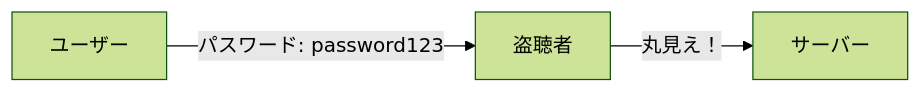
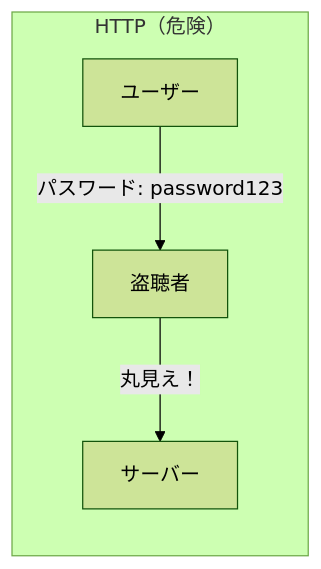
One commit to muratanaoki/party-box changed the second of 15 diagrams in docs/curriculum/02-aws-http.md. Above: the diagram before and after it, drawn with Mermaid (forest theme). The commit also changed other lines of this file, not shown here.

````diff
--- a/docs/curriculum/02-aws-http.md
+++ b/docs/curriculum/02-aws-http.md
@@ -140,5 +120,7 @@
 ```mermaid
 flowchart LR
-    User["ユーザー"] -->|パスワード: password123| Attacker["盗聴者"]
-    Attacker -->|丸見え！| Server["サーバー"]
+    subgraph HTTP["HTTP（危険）"]
+        U1["ユーザー"] -->|パスワード: password123| A1["盗聴者"]
+        A1 -->|丸見え！| S1["サーバー"]
+    end
 ```
````
